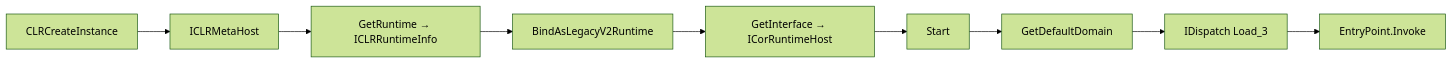
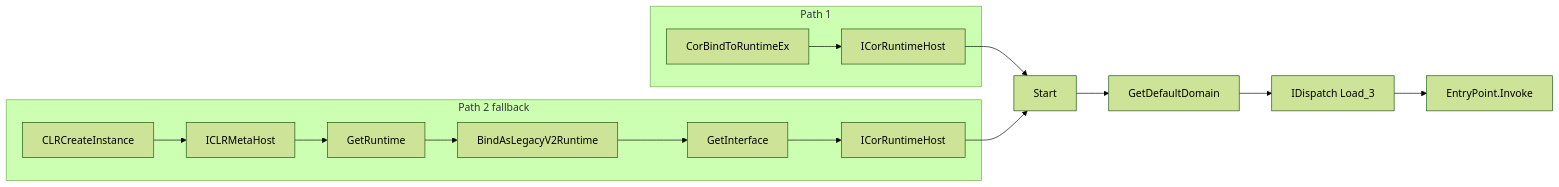
One commit to oioio-space/maldev changed the diagram in docs/techniques/pe/clr.md. Above: the diagram before and after it, drawn with Mermaid (forest theme). The commit also changed other lines of this file and 3 other files, not shown here.

````diff
--- a/docs/techniques/pe/clr.md
+++ b/docs/techniques/pe/clr.md
@@ -20,11 +29,18 @@
 ```mermaid
 flowchart LR
-    A["CLRCreateInstance"] --> B["ICLRMetaHost"]
-    B --> C["GetRuntime → ICLRRuntimeInfo"]
-    C --> D["BindAsLegacyV2Runtime"]
-    D --> E["GetInterface → ICorRuntimeHost"]
-    E --> F["Start"]
-    F --> G["GetDefaultDomain"]
-    G --> H["IDispatch Load_3"]
-    H --> I["EntryPoint.Invoke"]
+    subgraph Path1 [Path 1]
+        A1["CorBindToRuntimeEx"] --> H1["ICorRuntimeHost"]
+    end
+    subgraph Path2 [Path 2 fallback]
+        A2["CLRCreateInstance"] --> B2["ICLRMetaHost"]
+        B2 --> C2["GetRuntime"]
+        C2 --> D2["BindAsLegacyV2Runtime"]
+        D2 --> E2["GetInterface"]
+        E2 --> H2["ICorRuntimeHost"]
+    end
+    H1 --> S["Start"]
+    H2 --> S
+    S --> G["GetDefaultDomain"]
+    G --> L["IDispatch Load_3"]
+    L --> I["EntryPoint.Invoke"]
 ```
````
